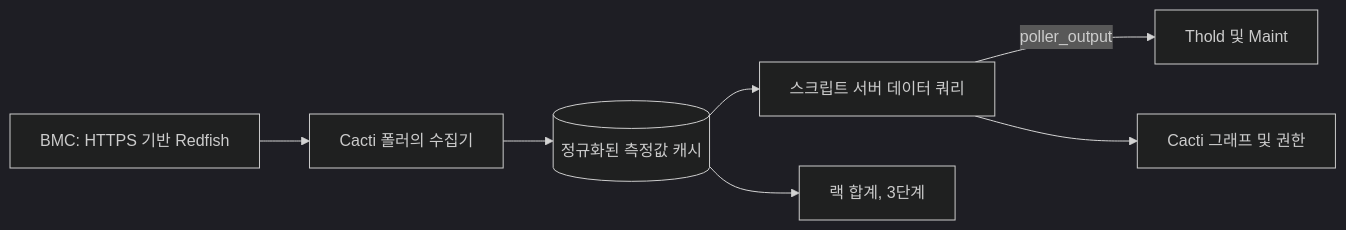
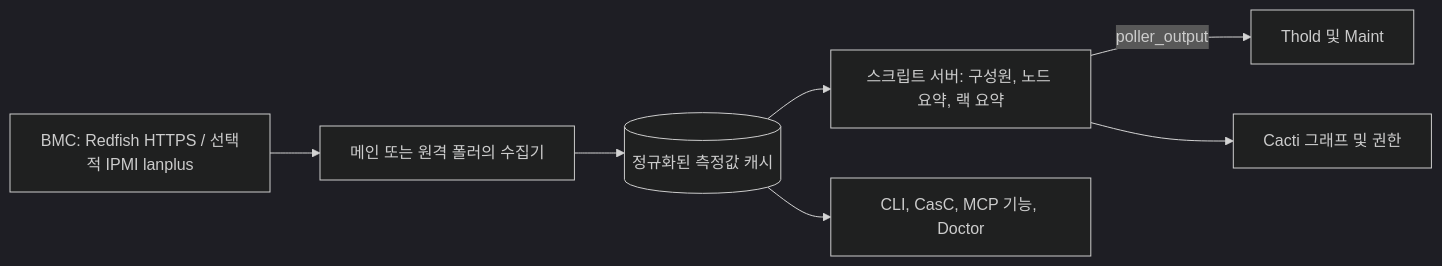
One commit to somethingwithproof/plugin_redfish changed the diagram in docs/i18n/ko-KR/README.md. Above: the diagram before and after it, drawn with Mermaid (dark theme). The commit also changed other lines of this file and 47 other files, not shown here.

````diff
--- a/docs/i18n/ko-KR/README.md
+++ b/docs/i18n/ko-KR/README.md
@@ -92,9 +140,9 @@
 ```mermaid
 flowchart LR
-    BMC[BMC: HTTPS 기반 Redfish] --> C[Cacti 폴러의 수집기]
+    BMC["BMC: Redfish HTTPS / 선택적 IPMI lanplus"] --> C["메인 또는 원격 폴러의 수집기"]
     C --> CACHE[(정규화된 측정값 캐시)]
-    CACHE --> SS[스크립트 서버 데이터 쿼리]
+    CACHE --> SS["스크립트 서버: 구성원, 노드 요약, 랙 요약"]
     SS -->|poller_output| T[Thold 및 Maint]
     SS --> G[Cacti 그래프 및 권한]
-    CACHE --> R[랙 합계, 3단계]
+    CACHE --> ECO["CLI, CasC, MCP 기능, Doctor"]
 ```
````
